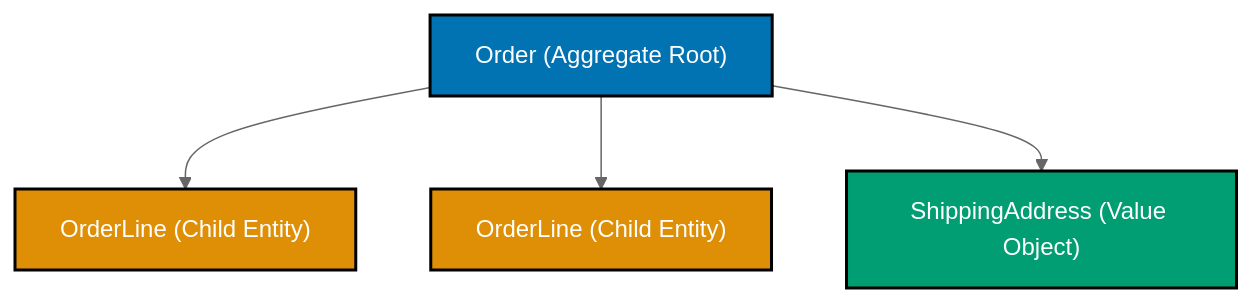
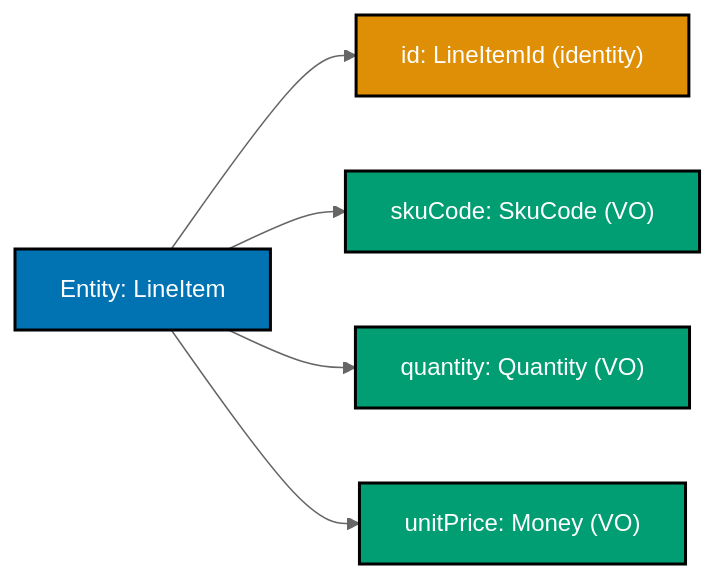
One commit to wahidyankf/open-sharia-enterprise changed the second of 3 diagrams in apps/ayokoding-web/content/en/learn/software-engineering/architecture/domain-driven-design-ddd/oop-by-example/beginner.md. Above: the diagram before and after it, drawn with Mermaid (neutral theme). The commit also changed other lines of this file and 38 other files, not shown here.

First line of the commit message:
docs(ayokoding-web): unify architecture tutorials on shared P2P domain

````diff
--- a/apps/ayokoding-web/content/en/learn/software-engineering/architecture/domain-driven-design-ddd/oop-by-example/beginner.md
+++ b/apps/ayokoding-web/content/en/learn/software-engineering/architecture/domain-driven-design-ddd/oop-by-example/beginner.md
@@ -1565,15 +551,17 @@
 ```mermaid
-%% Palette: Blue #0173B2, Orange #DE8F05, Teal #029E73
-graph TD
-    A["Order #40;Aggregate Root#41;"]:::blue
-    B["OrderLine #40;Child Entity#41;"]:::orange
-    C["OrderLine #40;Child Entity#41;"]:::orange
-    D["ShippingAddress #40;Value Object#41;"]:::teal
+%% Palette: Blue #0173B2, Teal #029E73, Orange #DE8F05
+graph LR
+    A["Entity: LineItem"]:::blue
+    B["id: LineItemId #40;identity#41;"]:::orange
+    C["skuCode: SkuCode #40;VO#41;"]:::teal
+    D["quantity: Quantity #40;VO#41;"]:::teal
+    E["unitPrice: Money #40;VO#41;"]:::teal
     A --> B
     A --> C
     A --> D
+    A --> E
 
     classDef blue fill:#0173B2,stroke:#000,color:#fff,stroke-width:2px
     classDef orange fill:#DE8F05,stroke:#000,color:#fff,stroke-width:2px
     classDef teal fill:#029E73,stroke:#000,color:#fff,stroke-width:2px
 ```
````
